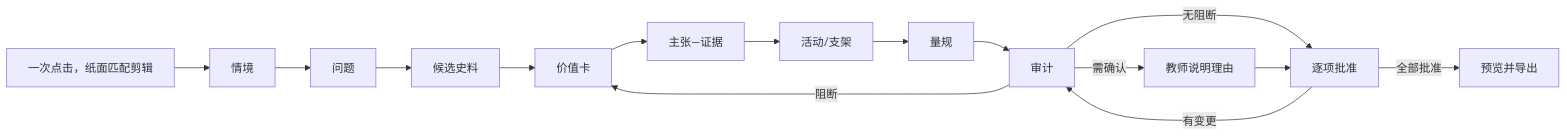
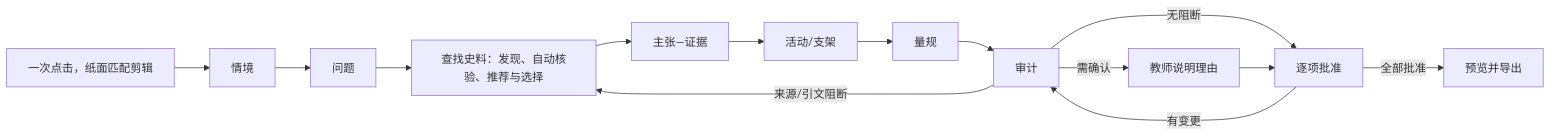
One commit to xiaoshiguopan/tracepbl changed the diagram in docs/03-frontend-design/USER-FLOWS.md. Above: the diagram before and after it, drawn with Mermaid. The commit also changed other lines of this file and 36 other files, not shown here.

````diff
--- a/docs/03-frontend-design/USER-FLOWS.md
+++ b/docs/03-frontend-design/USER-FLOWS.md
@@ -119,17 +120,16 @@
 ```mermaid
 flowchart LR
   A[一次点击，纸面匹配剪辑] --> B[情境]
   B --> C[问题]
-  C --> D[候选史料]
-  D --> E[价值卡]
-  E --> F[主张—证据]
+  C --> D[查找史料：发现、自动核验、推荐与选择]
+  D --> F[主张—证据]
   F --> G[活动/支架]
   G --> H[量规]
   H --> I[审计]
-  I -->|阻断| E
+  I -->|来源/引文阻断| D
   I -->|需确认| J[教师说明理由]
   I -->|无阻断| K[逐项批准]
   J --> K
   K -->|有变更| I
   K -->|全部批准| L[预览并导出]
 ```
````
